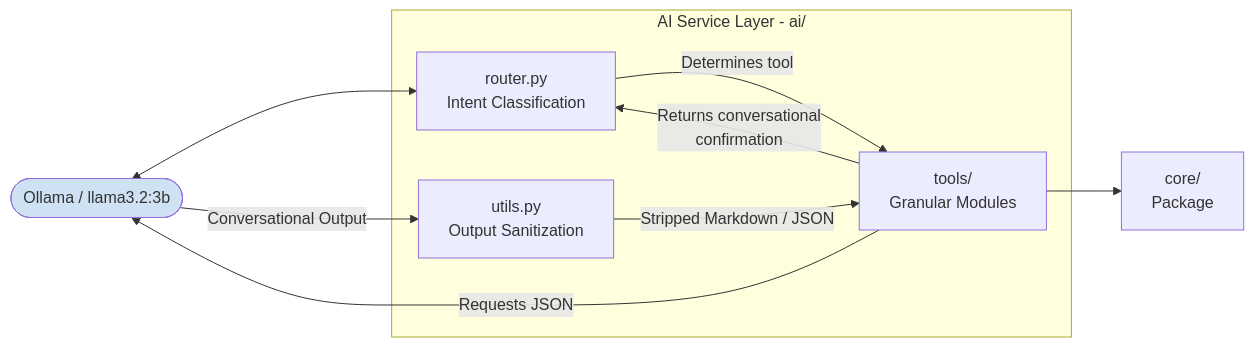
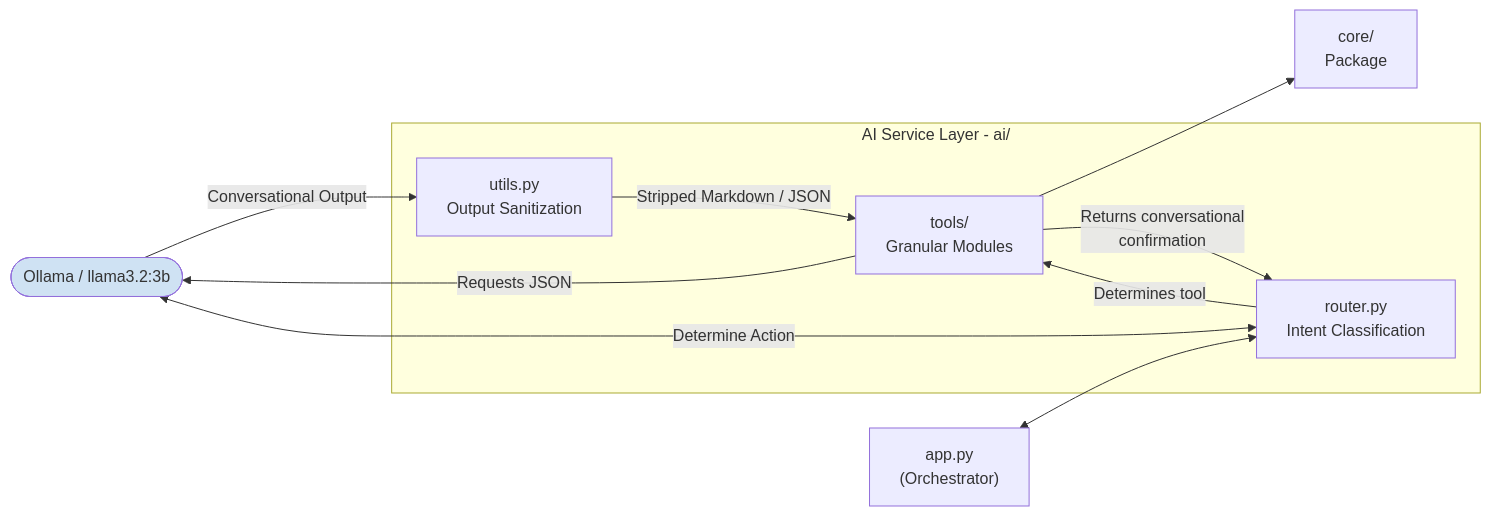
The second of 4 diagrams in README.md (Mebsina/pawpal-ai-system-project), drawn with Mermaid before and after one commit. The commit also changed other lines of this file and 9 other files, not shown here.

````diff
--- a/README.md
+++ b/README.md
@@ -93,22 +96,24 @@
 ```mermaid
 flowchart LR
     Ollama([Ollama / llama3.2:3b])
 
     subgraph AI["AI Service Layer - ai/"]
         Router["router.py<br/>Intent Classification"]
         Tools["tools/<br/>Granular Modules"]
         Util["utils.py<br/>Output Sanitization"]
     end
 
     Engine["core/<br/>Package"]
+    App["app.py<br/>(Orchestrator)"]
 
-    Ollama <--> Router
+    App <--> Router
+    Router <-->|Determine Action| Ollama
     Router -->|Determines tool| Tools
     Tools -->|Requests JSON| Ollama
     Ollama -->|Conversational Output| Util
     Util -->|"Stripped Markdown / JSON"| Tools
     Tools --> Engine
     Tools -->|"Returns conversational<br/>confirmation"| Router
 
     style Ollama fill:#cfe2f3
 ```
````
